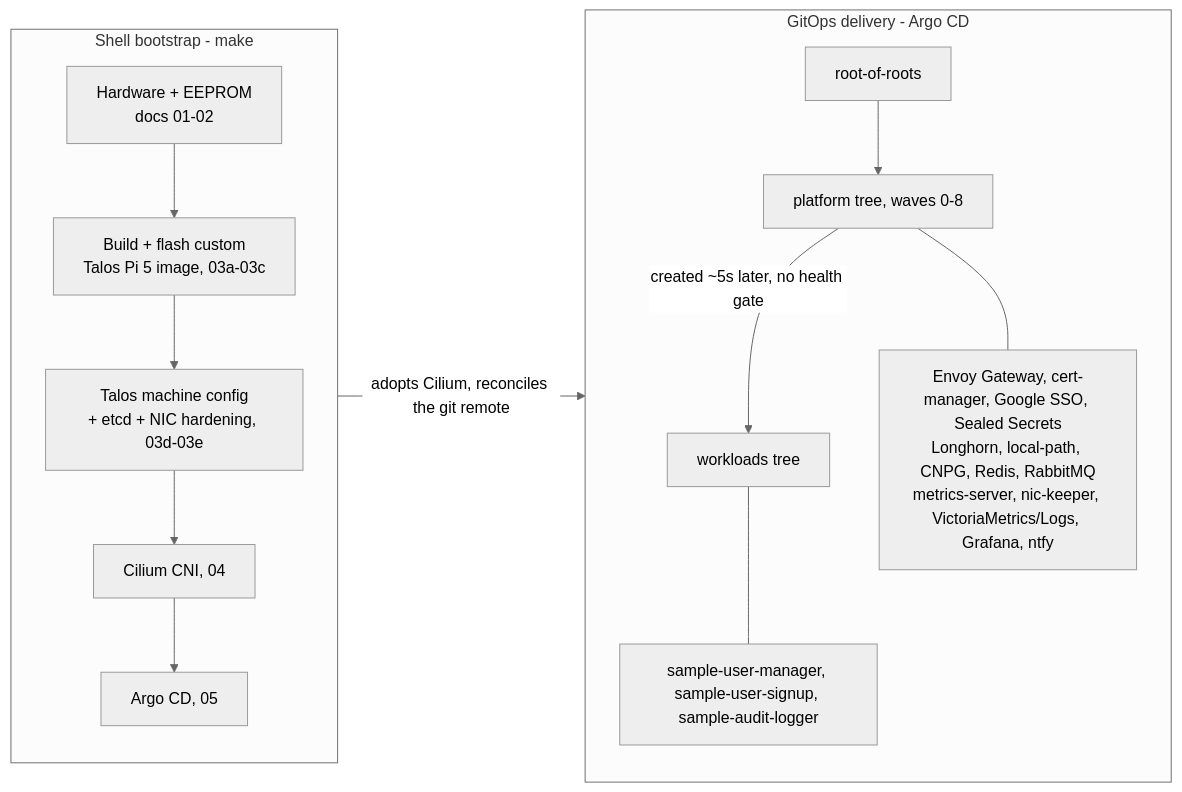
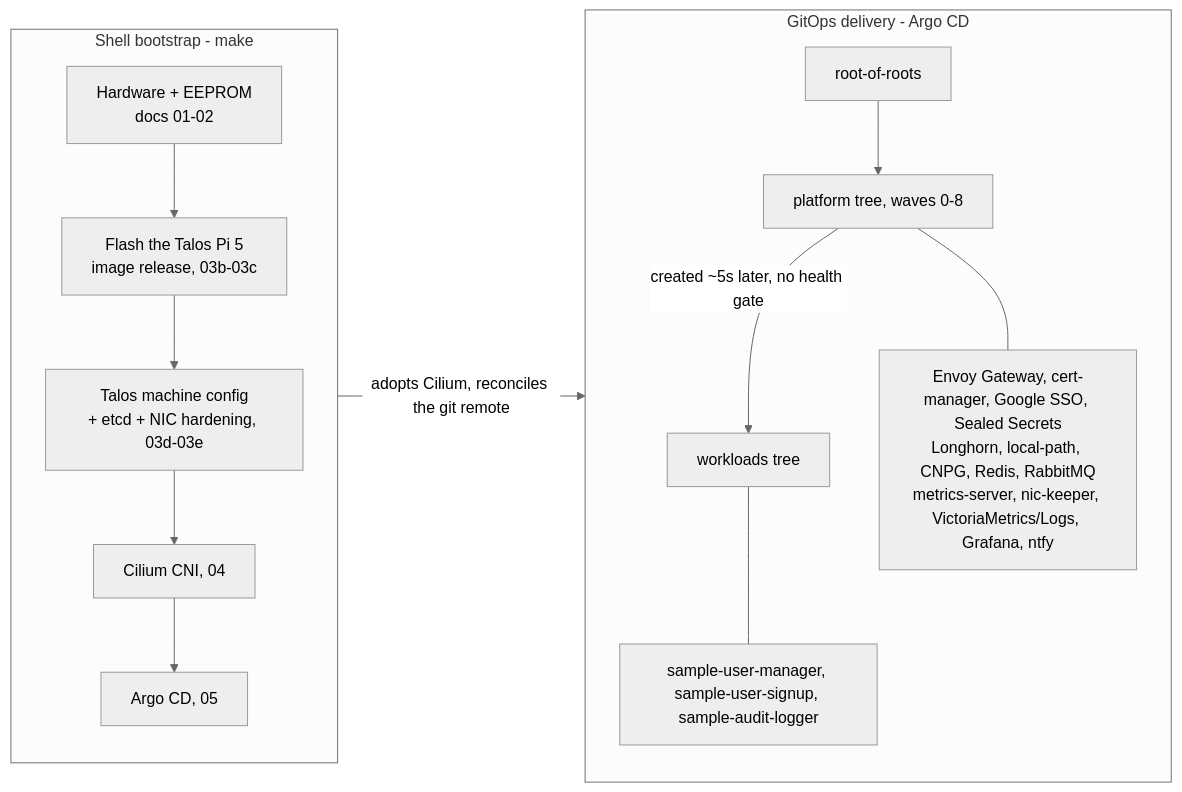
One commit to yama6a/pi5-k8s-cluster changed the diagram in README.md. Above: the diagram before and after it, drawn with Mermaid (neutral theme). The commit also changed other lines of this file and 18 other files, not shown here.

````diff
--- a/README.md
+++ b/README.md
@@ -111,18 +111,18 @@
 ```mermaid
 flowchart LR
     subgraph imp["Shell bootstrap - make"]
         direction TB
-        HW["Hardware + EEPROM<br/>docs 01-02"] --> IMG["Build + flash custom<br/>Talos Pi 5 image, 03a-03c"]
+        HW["Hardware + EEPROM<br/>docs 01-02"] --> IMG["Flash the Talos Pi 5<br/>image release, 03b-03c"]
         IMG --> TAL["Talos machine config<br/>+ etcd + NIC hardening, 03d-03e"]
         TAL --> CIL["Cilium CNI, 04"]
         CIL --> ARGO["Argo CD, 05"]
     end
     ARGO -->|" adopts Cilium, reconciles the git remote "| ROOT["root-of-roots"]
     subgraph gitops["GitOps delivery - Argo CD"]
         direction TB
         ROOT --> PLAT["platform tree, waves 0-8"]
         PLAT -->|" created ~5s later, no health gate "| WORK["workloads tree"]
         PLAT --- PC["Envoy Gateway, cert-manager, Google SSO, Sealed Secrets<br/>Longhorn, local-path, CNPG, Redis, RabbitMQ<br/>metrics-server, nic-keeper, VictoriaMetrics/Logs, Grafana, ntfy"]
         WORK --- WC["sample-user-manager, sample-user-signup, sample-audit-logger"]
     end
 ```
````
